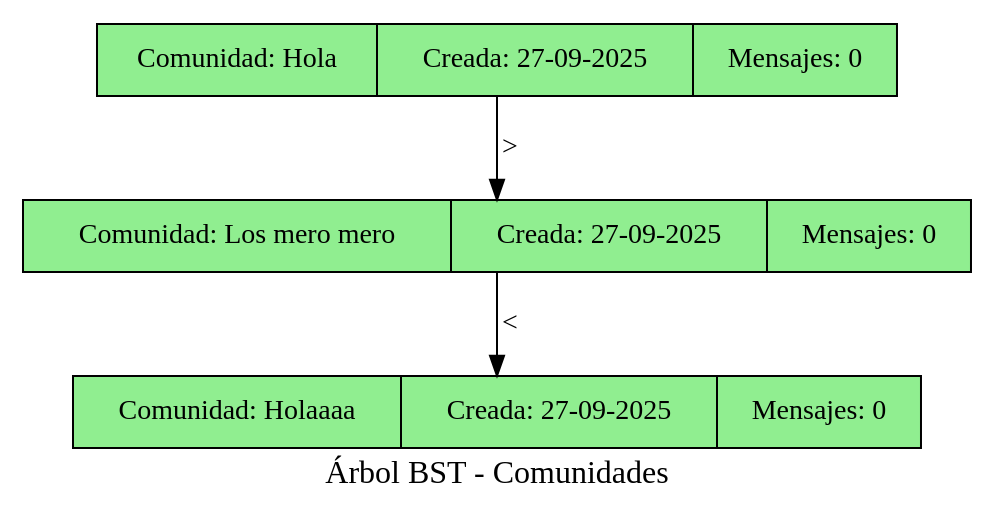
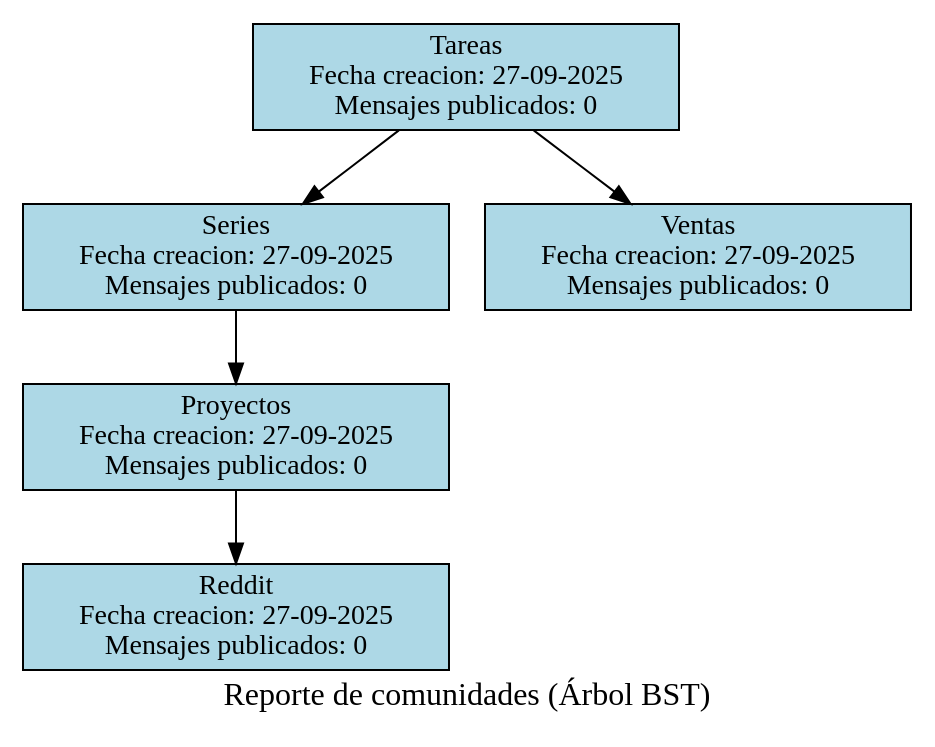
Before and after one commit to JoseArt777/-EDD-1S2025_202100305: the diagram in Fase1/src/Root-Reportes/comunidades_bst.dot, drawn with Graphviz. The commit also changed 8 other files, not shown here.

```diff
--- a/Fase1/src/Root-Reportes/comunidades_bst.dot
+++ b/Fase1/src/Root-Reportes/comunidades_bst.dot
@@ -1,10 +1,15 @@
 digraph G {
-    label="Árbol BST - Comunidades";
+    label="Reporte de comunidades (Árbol BST)";
     fontsize=16;
-    node [shape=record, style=filled, fillcolor=lightgreen];
-    com_Hola [label="Comunidad: Hola|Creada: 27-09-2025|Mensajes: 0"];
-    com_Hola -> com_Los_mero_mero [label=">"];
-    com_Los_mero_mero [label="Comunidad: Los mero mero|Creada: 27-09-2025|Mensajes: 0"];
-    com_Los_mero_mero -> com_Holaaaa [label="<"];
-    com_Holaaaa [label="Comunidad: Holaaaa|Creada: 27-09-2025|Mensajes: 0"];
+    node [shape=record, style=filled, fillcolor=lightblue];
+    rankdir=TB;
+    Tareas [label="Tareas\nFecha creacion: 27-09-2025\nMensajes publicados: 0"];
+    Series [label="Series\nFecha creacion: 27-09-2025\nMensajes publicados: 0"];
+    Proyectos [label="Proyectos\nFecha creacion: 27-09-2025\nMensajes publicados: 0"];
+    Reddit [label="Reddit\nFecha creacion: 27-09-2025\nMensajes publicados: 0"];
+    Proyectos -> Reddit;
+    Series -> Proyectos;
+    Ventas [label="Ventas\nFecha creacion: 27-09-2025\nMensajes publicados: 0"];
+    Tareas -> Series;
+    Tareas -> Ventas;
 }
```
